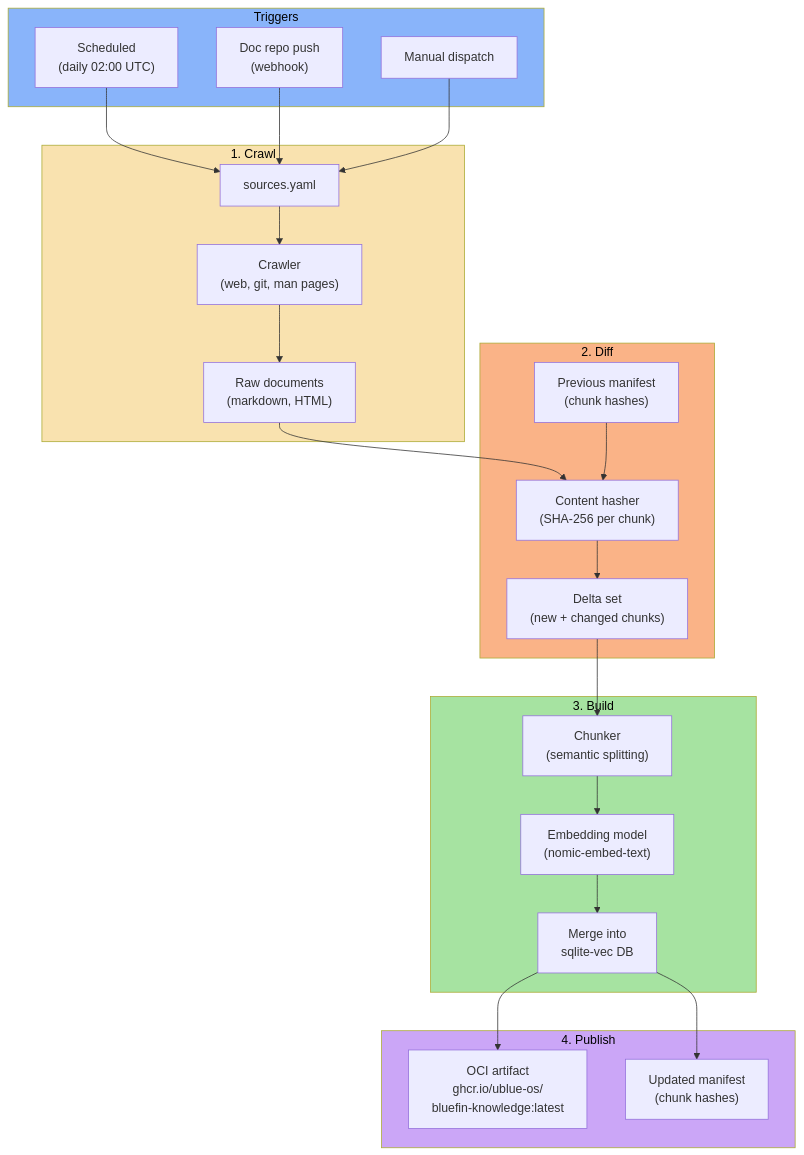
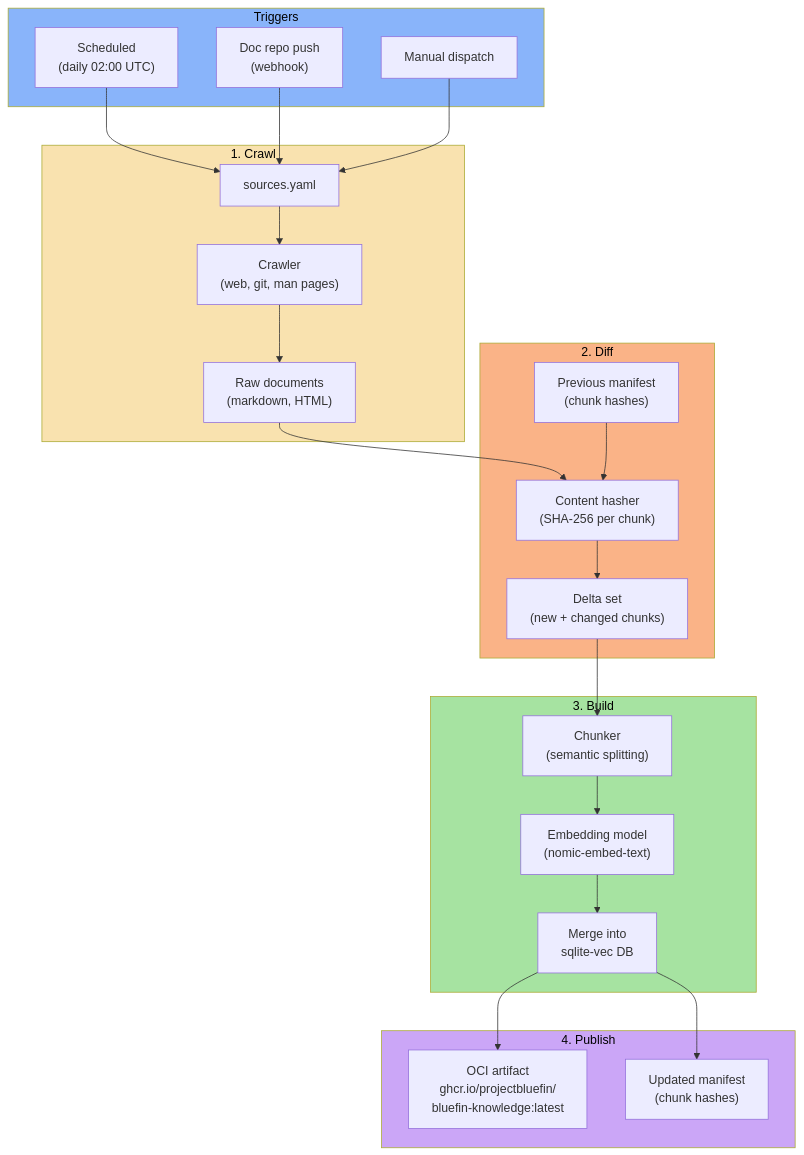
Before and after one commit to projectbluefin/common: the fifth of 19 diagrams in specs/00-bluespeed-specification.md, drawn with Mermaid. The commit also changed other lines of this file, not shown here.

First line of the commit message:
fix(docs): update bluefin-knowledge OCI refs to projectbluefin org

````diff
--- a/specs/00-bluespeed-specification.md
+++ b/specs/00-bluespeed-specification.md
@@ -439,51 +439,51 @@
 ```mermaid
 graph TD
     subgraph Triggers["Triggers"]
         CRON["Scheduled<br/>(daily 02:00 UTC)"]
         PUSH["Doc repo push<br/>(webhook)"]
         MANUAL["Manual dispatch"]
     end
 
     subgraph Crawl["1. Crawl"]
         SOURCES["sources.yaml"]
         CRAWLER["Crawler<br/>(web, git, man pages)"]
         RAW["Raw documents<br/>(markdown, HTML)"]
     end
 
     subgraph Diff["2. Diff"]
         PREV["Previous manifest<br/>(chunk hashes)"]
         HASHER["Content hasher<br/>(SHA-256 per chunk)"]
         DELTA["Delta set<br/>(new + changed chunks)"]
     end
 
     subgraph Build["3. Build"]
         CHUNKER["Chunker<br/>(semantic splitting)"]
         EMBEDDER["Embedding model<br/>(nomic-embed-text)"]
         MERGE["Merge into<br/>sqlite-vec DB"]
     end
 
     subgraph Publish["4. Publish"]
-        OCI["OCI artifact<br/>ghcr.io/ublue-os/<br/>bluefin-knowledge:latest"]
+        OCI["OCI artifact<br/>ghcr.io/projectbluefin/<br/>bluefin-knowledge:latest"]
         MANIFEST["Updated manifest<br/>(chunk hashes)"]
     end
 
     CRON --> SOURCES
     PUSH --> SOURCES
     MANUAL --> SOURCES
     SOURCES --> CRAWLER
     CRAWLER --> RAW
     RAW --> HASHER
     PREV --> HASHER
     HASHER --> DELTA
     DELTA --> CHUNKER
     CHUNKER --> EMBEDDER
     EMBEDDER --> MERGE
     MERGE --> OCI
     MERGE --> MANIFEST
 
     style Triggers fill:#89b4fa,color:#000
     style Crawl fill:#f9e2af,color:#000
     style Diff fill:#fab387,color:#000
     style Build fill:#a6e3a1,color:#000
     style Publish fill:#cba6f7,color:#000
 ```
````
